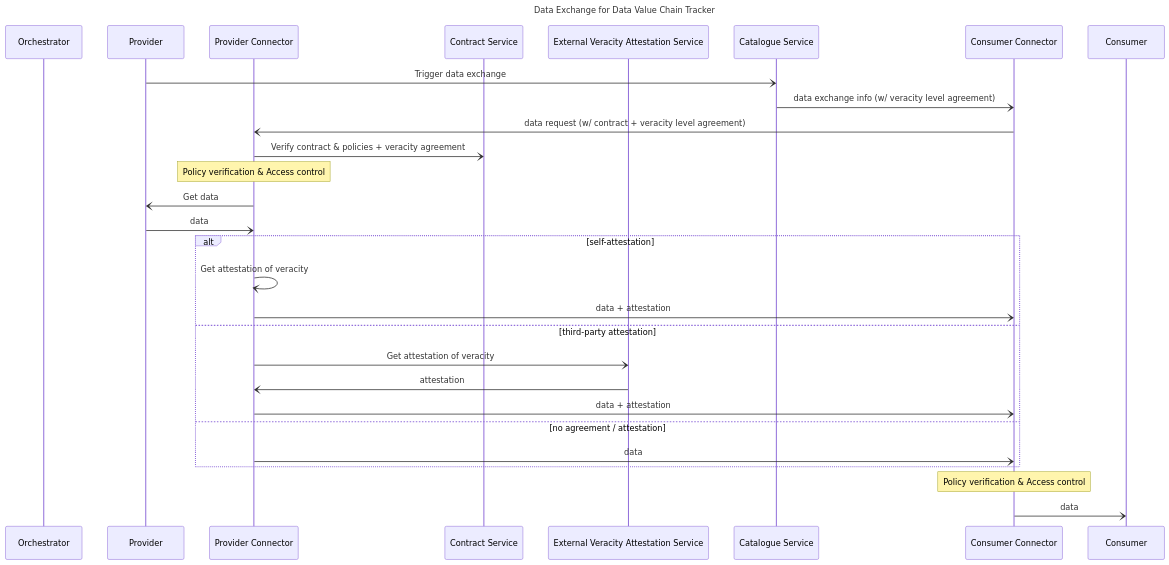
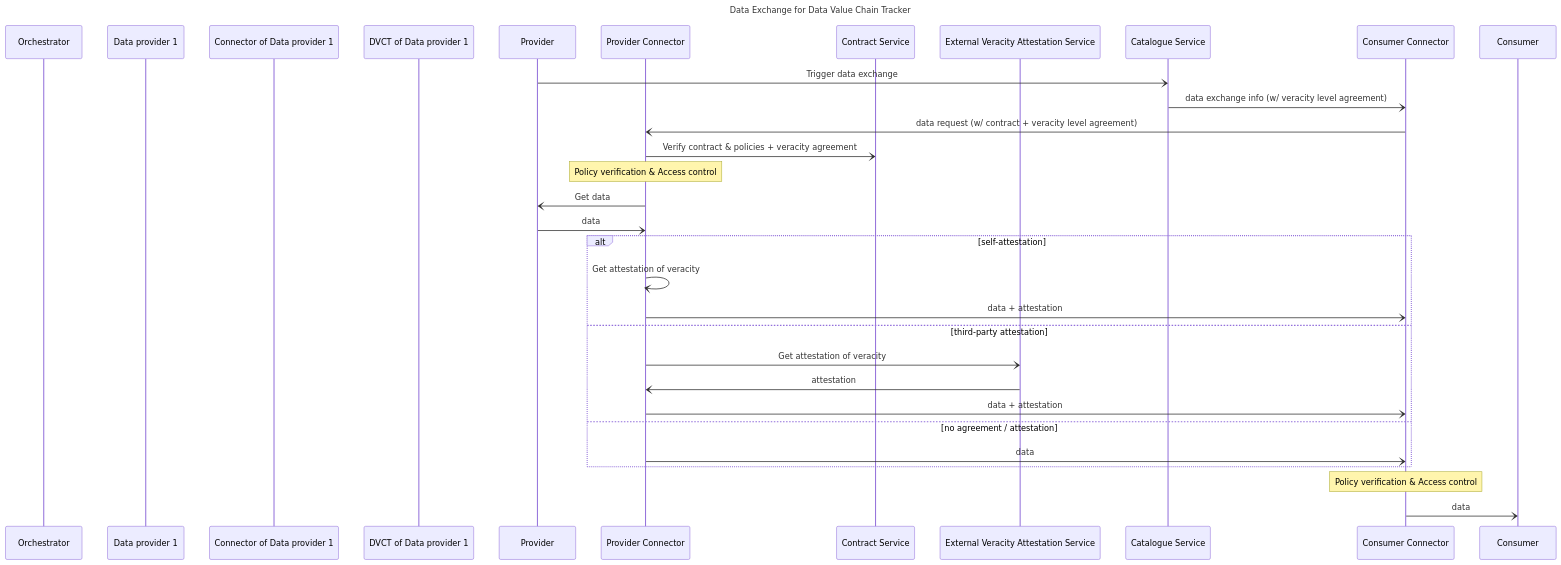
One commit to Prometheus-X-association/data-value-chain-tracker changed the first of 2 diagrams in README.markdown. Above: the diagram before and after it, drawn with Mermaid.

Commit message:
update sequence diagram

````diff
--- a/README.markdown
+++ b/README.markdown
@@ -104,37 +104,40 @@
 ```mermaid
 ---
 title: Data Exchange for Data Value Chain Tracker
 ---
 
 sequenceDiagram
     participant o as Orchestrator
+    participant dp1 as Data provider 1
+    participant pc1 as Connector of Data provider 1
+    participant dvct1 as DVCT of Data provider 1
     participant p as Provider
     participant pc as Provider Connector
     participant con as Contract Service
     participant evs as External Veracity Attestation Service
     participant cat as Catalogue Service
     participant cc as Consumer Connector
     participant c as Consumer
 
     p -) cat: Trigger data exchange
     cat -) cc: data exchange info (w/ veracity level agreement)
     cc -) pc: data request (w/ contract + veracity level agreement)
     pc -) con: Verify contract & policies + veracity agreement
     Note over pc: Policy verification & Access control
     pc -) p: Get data
     p -) pc: data
 
     alt self-attestation
         pc -) pc: Get attestation of veracity
         pc -) cc: data + attestation
     else third-party attestation
         pc -) evs: Get attestation of veracity
         evs -) pc: attestation
         pc -) cc: data + attestation
     else no agreement / attestation
         pc -) cc: data
     end
 
     Note over cc: Policy verification & Access control
     cc -) c: data
 ```
````
